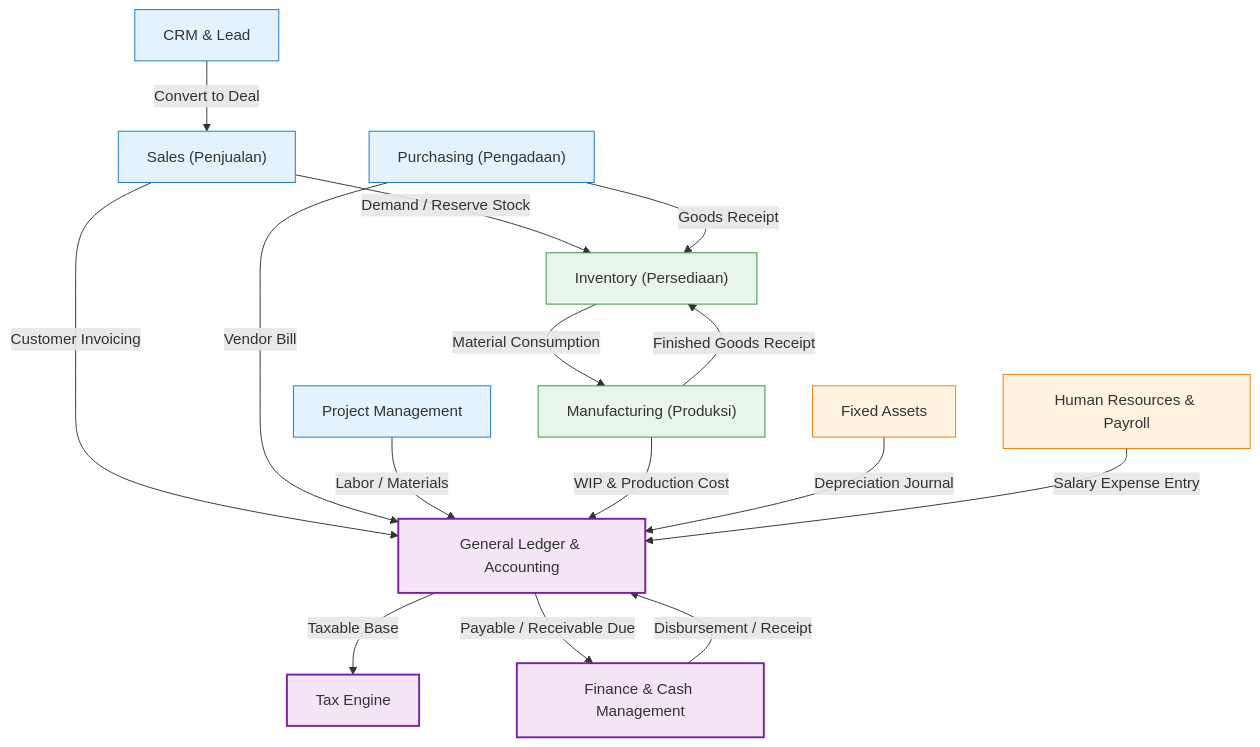
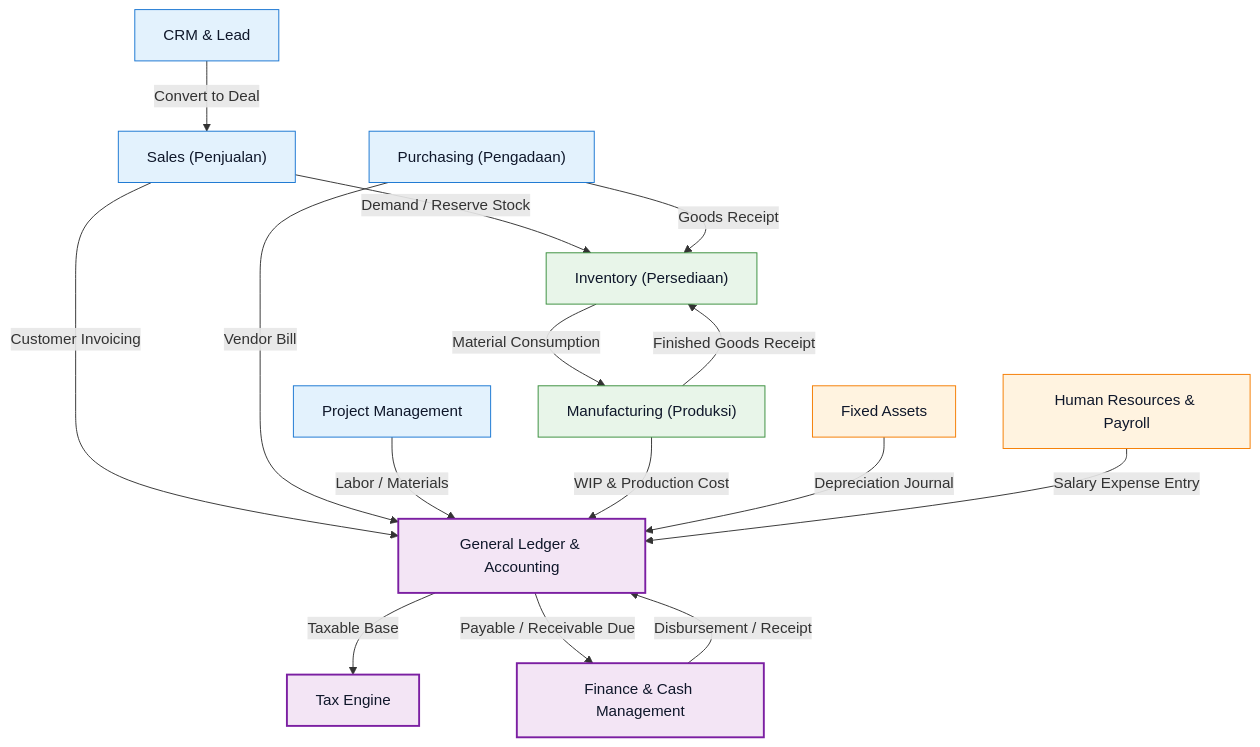
One commit to alimurrofid/erp-notes changed the diagram in content/00-fundamentals/erp-modules.md. Above: the diagram before and after it, drawn with Mermaid. The commit also changed 15 other files, not shown here.

Commit message:
fix(content):Mermaid classDef darkmode text color

````diff
--- a/content/00-fundamentals/erp-modules.md
+++ b/content/00-fundamentals/erp-modules.md
@@ -19,42 +19,42 @@
 ```mermaid
 flowchart TD
     CRM["CRM & Lead"]
     Sales["Sales (Penjualan)"]
     Purch["Purchasing (Pengadaan)"]
     Projects["Project Management"]
 
     Inv["Inventory (Persediaan)"]
     Mfg["Manufacturing (Produksi)"]
 
     Assets["Fixed Assets"]
     HR["Human Resources & Payroll"]
 
     Tax["Tax Engine"]
     Acc["General Ledger & Accounting"]
     Fin["Finance & Cash Management"]
 
     CRM -->|Convert to Deal| Sales
     Sales -->|Demand / Reserve Stock| Inv
     Sales -->|Customer Invoicing| Acc
     Purch -->|Goods Receipt| Inv
     Purch -->|Vendor Bill| Acc
     Projects -->|Labor / Materials| Acc
     Inv -->|Material Consumption| Mfg
     Mfg -->|Finished Goods Receipt| Inv
     Mfg -->|WIP & Production Cost| Acc
     Assets -->|Depreciation Journal| Acc
     HR -->|Salary Expense Entry| Acc
     Acc -->|Taxable Base| Tax
     Acc -->|Payable / Receivable Due| Fin
     Fin -->|Disbursement / Receipt| Acc
 
-    classDef operational fill:#e3f2fd,stroke:#1976d2,stroke-width:1px;
-    classDef fulfillment fill:#e8f5e9,stroke:#388e3c,stroke-width:1px;
-    classDef support fill:#fff3e0,stroke:#f57c00,stroke-width:1px;
-    classDef coreFinance fill:#f3e5f5,stroke:#7b1fa2,stroke-width:2px;
+    classDef operational fill:#e3f2fd,stroke:#1976d2,stroke-width:1px,color:#0f172a;
+    classDef fulfillment fill:#e8f5e9,stroke:#388e3c,stroke-width:1px,color:#0f172a;
+    classDef support fill:#fff3e0,stroke:#f57c00,stroke-width:1px,color:#0f172a;
+    classDef coreFinance fill:#f3e5f5,stroke:#7b1fa2,stroke-width:2px,color:#0f172a;
 
     class CRM,Sales,Purch,Projects operational;
     class Inv,Mfg fulfillment;
     class Assets,HR support;
     class Tax,Acc,Fin coreFinance;
 ```
````
